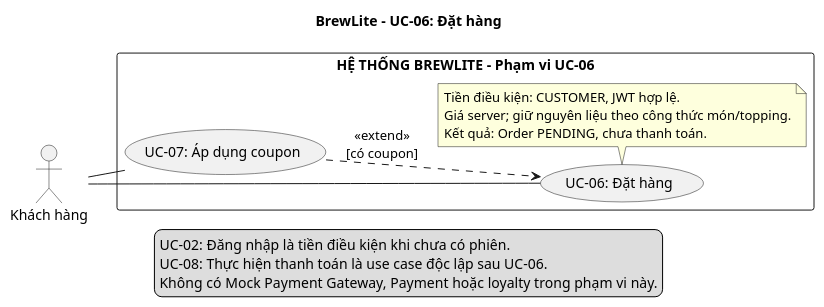
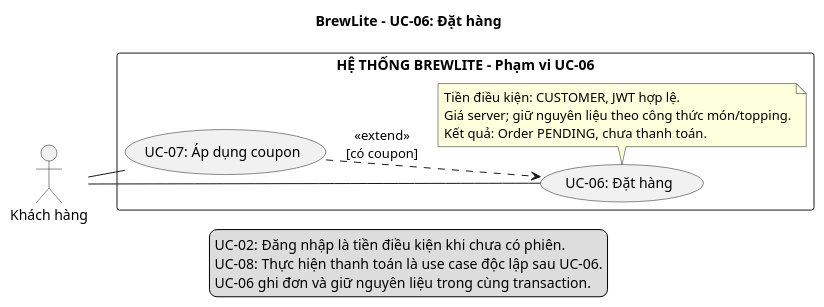
The diagram in docs/diagrams/use-case-uc06.puml (Fatcatmmb-sudo/BrewLite_A2), drawn with PlantUML before and after one commit. The commit also changed 12 other files, not shown here.

```diff
--- a/docs/diagrams/use-case-uc06.puml
+++ b/docs/diagrams/use-case-uc06.puml
@@ -1,25 +1,25 @@
 @startuml
 !pragma layout smetana
 left to right direction
 skinparam defaultFontName Arial
 skinparam shadowing false
 title BrewLite - UC-06: Đặt hàng
 actor "Khách hàng" as Customer
 rectangle "HỆ THỐNG BREWLITE - Phạm vi UC-06" {
   usecase "UC-06: Đặt hàng" as Order
   usecase "UC-07: Áp dụng coupon" as Coupon
   Coupon ..> Order : <<extend>>\n[có coupon]
   note bottom of Order
     Tiền điều kiện: CUSTOMER, JWT hợp lệ.
     Giá server; giữ nguyên liệu theo công thức món/topping.
     Kết quả: Order PENDING, chưa thanh toán.
   end note
 }
 Customer -- Order
 Customer -- Coupon
 legend bottom
   UC-02: Đăng nhập là tiền điều kiện khi chưa có phiên.
   UC-08: Thực hiện thanh toán là use case độc lập sau UC-06.
-  Không có Mock Payment Gateway, Payment hoặc loyalty trong phạm vi này.
+  UC-06 ghi đơn và giữ nguyên liệu trong cùng transaction.
 endlegend
 @enduml
```
